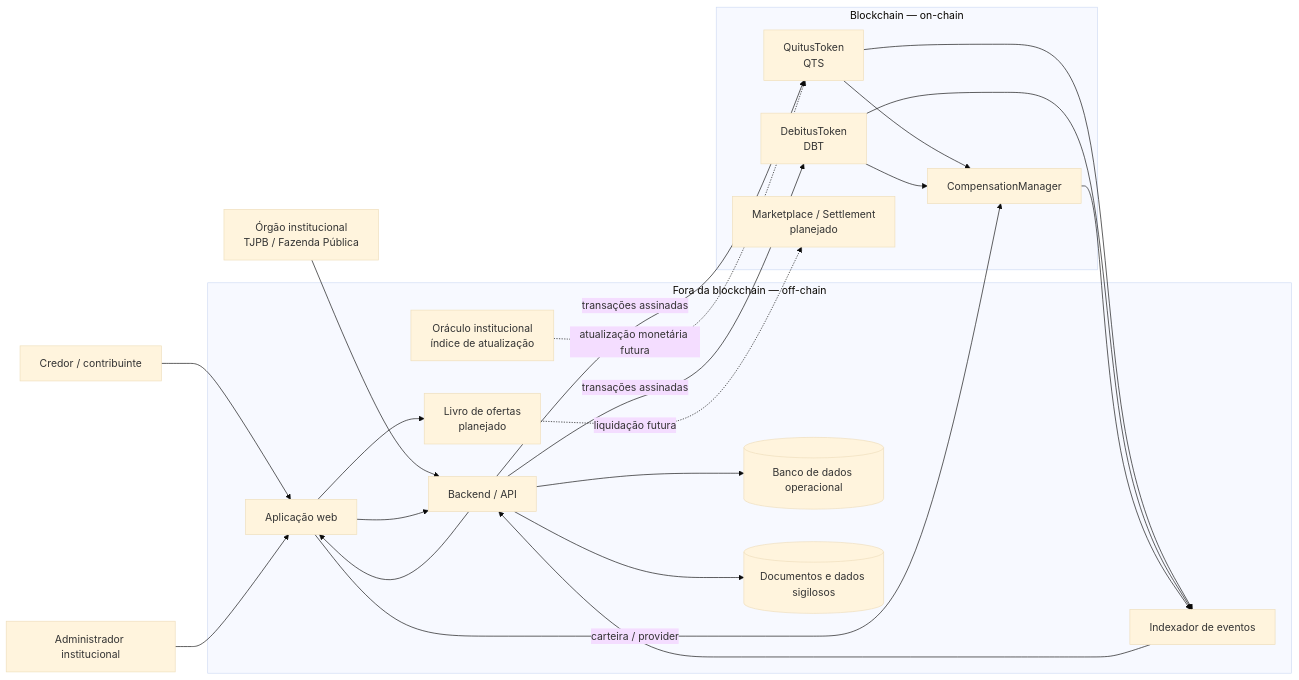
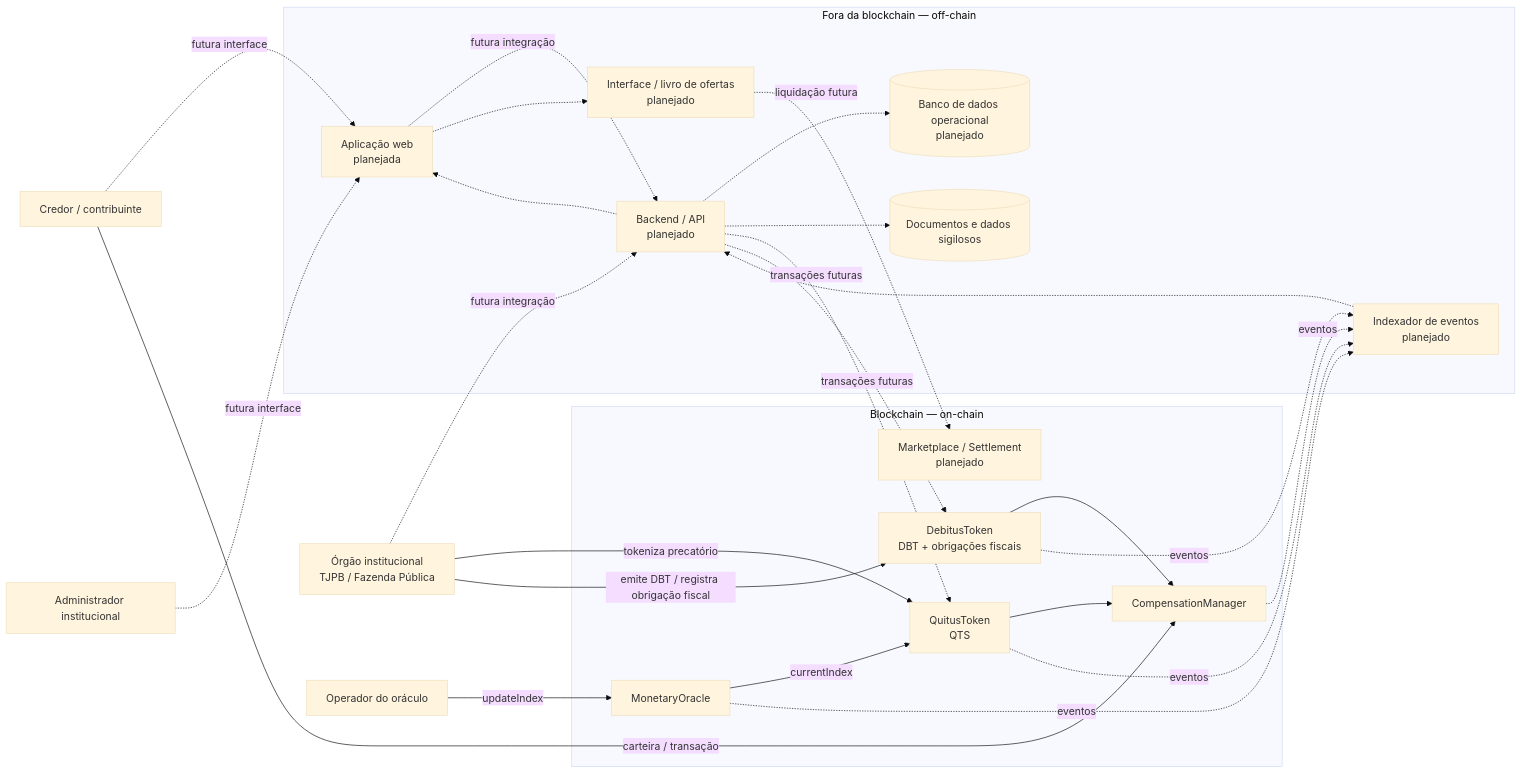
The diagram in Lab4/docs/arquitetura.md (Victor-droid165/blockchain), drawn with Mermaid (base theme) before and after one commit. The commit also changed other lines of this file and 4 other files, not shown here.

Commit message:
docs(lab4): sincroniza diagramas com implementacao atual

````diff
--- a/Lab4/docs/arquitetura.md
+++ b/Lab4/docs/arquitetura.md
@@ -5,43 +5,52 @@
 ```mermaid
 flowchart LR
     C[Credor / contribuinte]
     O[Órgão institucional<br/>TJPB / Fazenda Pública]
     A[Administrador institucional]
+    OP[Operador do oráculo]
 
     subgraph OFF["Fora da blockchain — off-chain"]
-        FE[Aplicação web]
-        API[Backend / API]
-        DB[(Banco de dados operacional)]
+        FE[Aplicação web<br/>planejada]
+        API[Backend / API<br/>planejado]
+        DB[(Banco de dados operacional<br/>planejado)]
         DOC[(Documentos e dados sigilosos)]
-        IDX[Indexador de eventos]
-        ORA[Oráculo institucional<br/>índice de atualização]
-        MKT[Livro de ofertas<br/>planejado]
+        IDX[Indexador de eventos<br/>planejado]
+        MKT[Interface / livro de ofertas<br/>planejado]
     end
 
     subgraph ON["Blockchain — on-chain"]
+        ORA[MonetaryOracle]
         QTS[QuitusToken<br/>QTS]
-        DBT[DebitusToken<br/>DBT]
+        DBT[DebitusToken<br/>DBT + obrigações fiscais]
         CMP[CompensationManager]
         FUT[Marketplace / Settlement<br/>planejado]
     end
 
-    C --> FE
-    A --> FE
-    O --> API
-    FE --> API
-    API --> DB
-    API --> DOC
-    API -->|transações assinadas| QTS
-    API -->|transações assinadas| DBT
-    FE -->|carteira / provider| CMP
-    ORA -. atualização monetária futura .-> QTS
+    C -. futura interface .-> FE
+    A -. futura interface .-> FE
+    O -. futura integração .-> API
+    FE -. futura integração .-> API
+    API -.-> DB
+    API -.-> DOC
+    API -. transações futuras .-> QTS
+    API -. transações futuras .-> DBT
+
+    O -->|tokeniza precatório| QTS
+    O -->|emite DBT / registra obrigação fiscal| DBT
+    OP -->|updateIndex| ORA
+    ORA -->|currentIndex| QTS
+    C -->|carteira / transação| CMP
+
     QTS --> CMP
     DBT --> CMP
-    QTS --> IDX
-    DBT --> IDX
-    CMP --> IDX
-    IDX --> API
-    API --> FE
-    FE --> MKT
+
+    QTS -. eventos .-> IDX
+    DBT -. eventos .-> IDX
+    CMP -. eventos .-> IDX
+    ORA -. eventos .-> IDX
+    IDX -.-> API
+    API -.-> FE
+
+    FE -.-> MKT
     MKT -. liquidação futura .-> FUT
 ```
````
